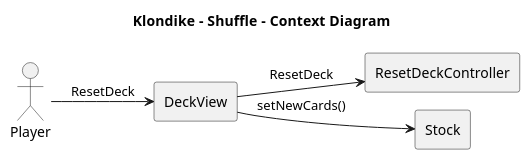
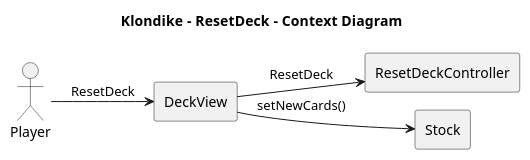
Before and after one commit to AngelOS95P/Maestria_IngSoftware_grupo6: the diagram in 3 Diagramas de Analisis/Diagrama de contexto - ResetDeck.plantuml, drawn with PlantUML. The commit also changed 16 other files, not shown here.

Commit message:
Diagrama de Dise;o add al readme

```diff
--- a/3 Diagramas de Analisis/Diagrama de contexto - ResetDeck.plantuml
+++ b/3 Diagramas de Analisis/Diagrama de contexto - ResetDeck.plantuml
@@ -1,15 +1,15 @@
-@startuml ContextDiagram
+@startuml ResetDeckContextDiagram
 !pragma layout smetana
-title Klondike  - Shuffle - Context Diagram
+title Klondike  - ResetDeck - Context Diagram
 left to right direction
 
 actor Player
 rectangle DeckView
 rectangle ResetDeckController
 rectangle Stock
 
 Player --> DeckView: ResetDeck
 DeckView --> ResetDeckController: ResetDeck
 DeckView --> Stock: setNewCards()
 
 @enduml
```
